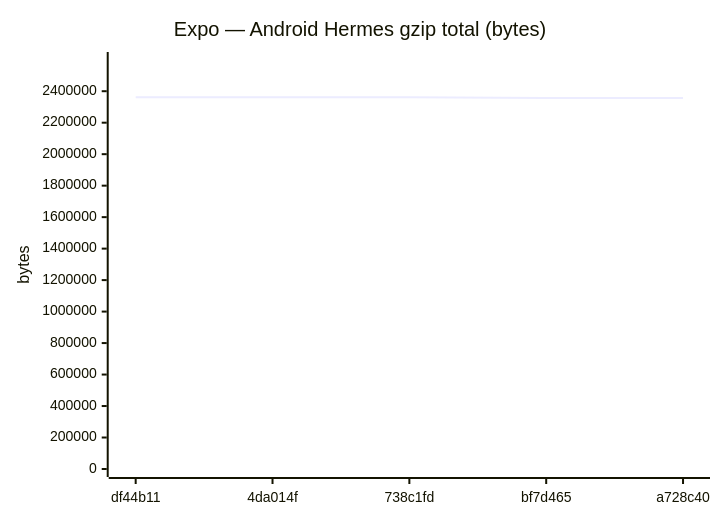
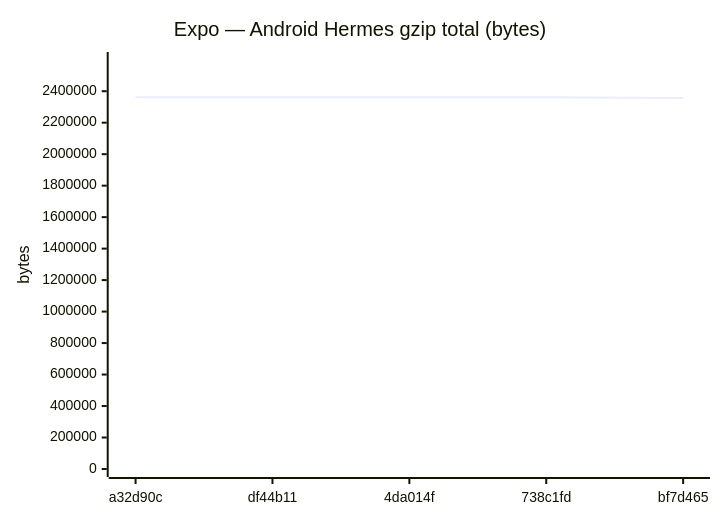
Diagram 15 of 24 in benchmarks/compare.md (Metaheurist/Rianell), drawn with Mermaid before and after one commit. The commit also changed other lines of this file and 12 other files, not shown here.

````diff
--- a/benchmarks/compare.md
+++ b/benchmarks/compare.md
@@ -221,7 +221,7 @@
 ```mermaid
 xychart-beta
     title "Expo — Android Hermes gzip total (bytes)"
-    x-axis ["df44b11", "4da014f", "738c1fd", "bf7d465", "a728c40"]
+    x-axis ["a32d90c", "df44b11", "4da014f", "738c1fd", "bf7d465"]
     y-axis "bytes" 0 --> 2598253
-    line [2362047, 2362048, 2362047, 2356686, 2356685]
+    line [2362047, 2362047, 2362048, 2362047, 2356686]
 ```
````
